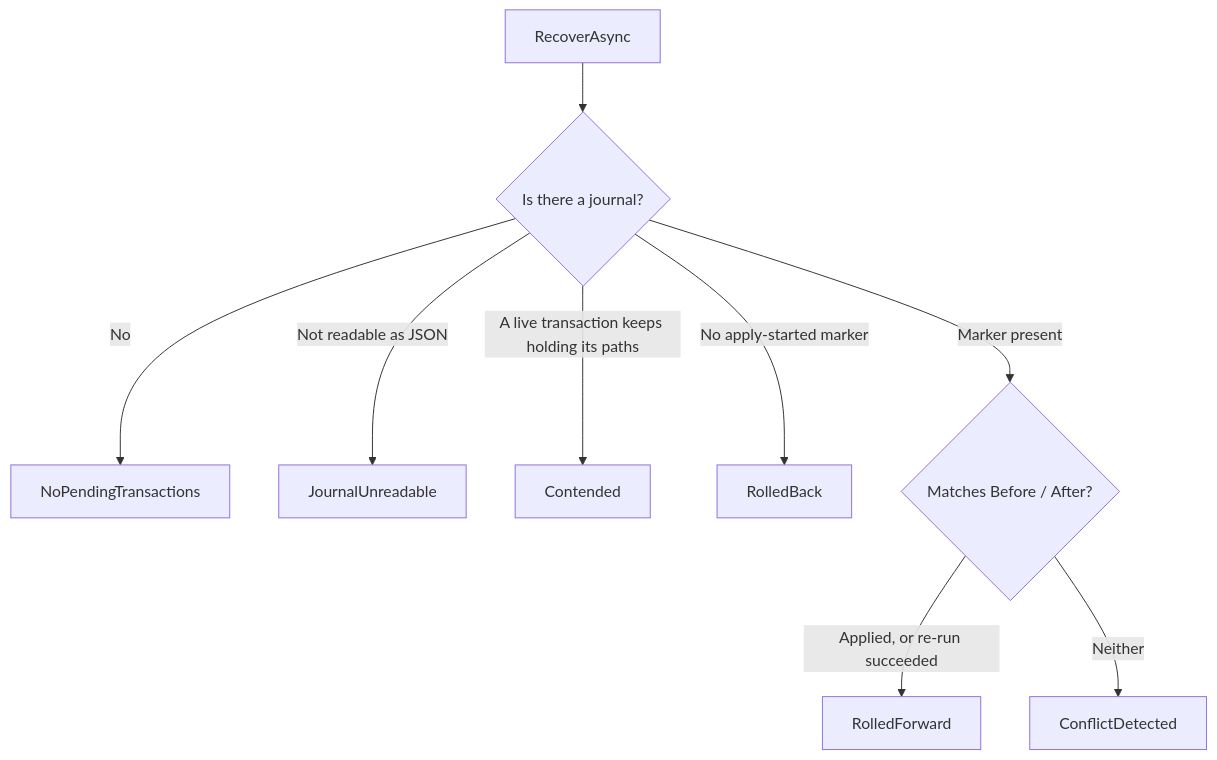
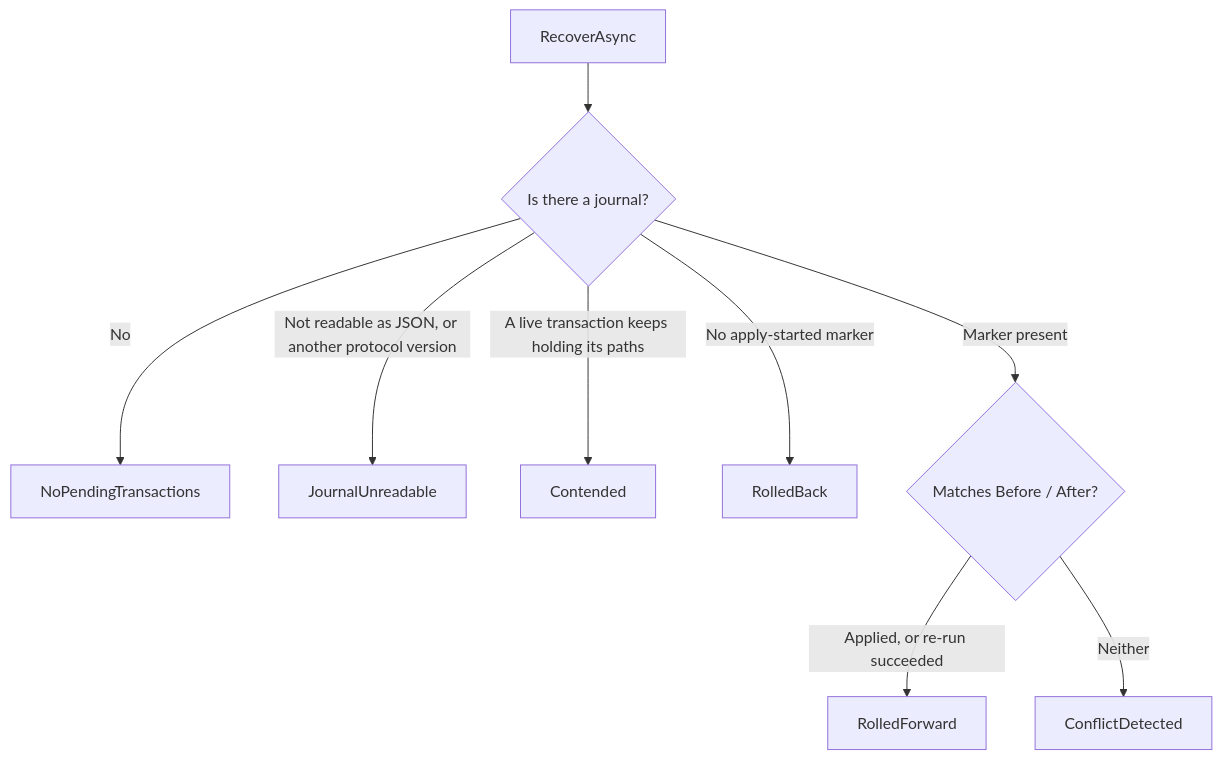
The second of 15 diagrams in README.md (YUKIKEDA/Txfio), drawn with Mermaid before and after one commit. The commit also changed other lines of this file and 3 other files, not shown here.

````diff
--- a/README.md
+++ b/README.md
@@ -162,11 +162,11 @@
 ```mermaid
 flowchart TD
   call["RecoverAsync"] --> has{"Is there a journal?"}
   has -->|No| none["NoPendingTransactions"]
-  has -->|Not readable as JSON| unreadable["JournalUnreadable"]
+  has -->|Not readable as JSON, or another protocol version| unreadable["JournalUnreadable"]
   has -->|A live transaction keeps holding its paths| contended["Contended"]
   has -->|No apply-started marker| back["RolledBack"]
   has -->|Marker present| match{"Matches Before / After?"}
   match -->|Applied, or re-run succeeded| forward["RolledForward"]
   match -->|Neither| conflict["ConflictDetected"]
 ```
````
